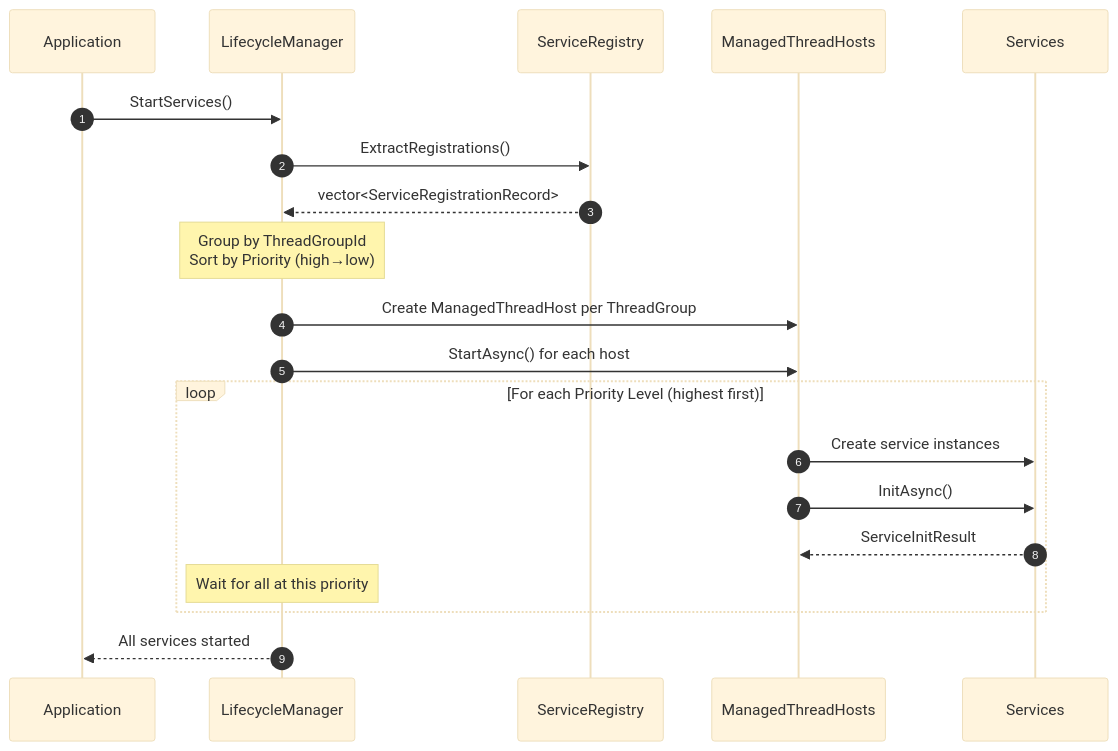
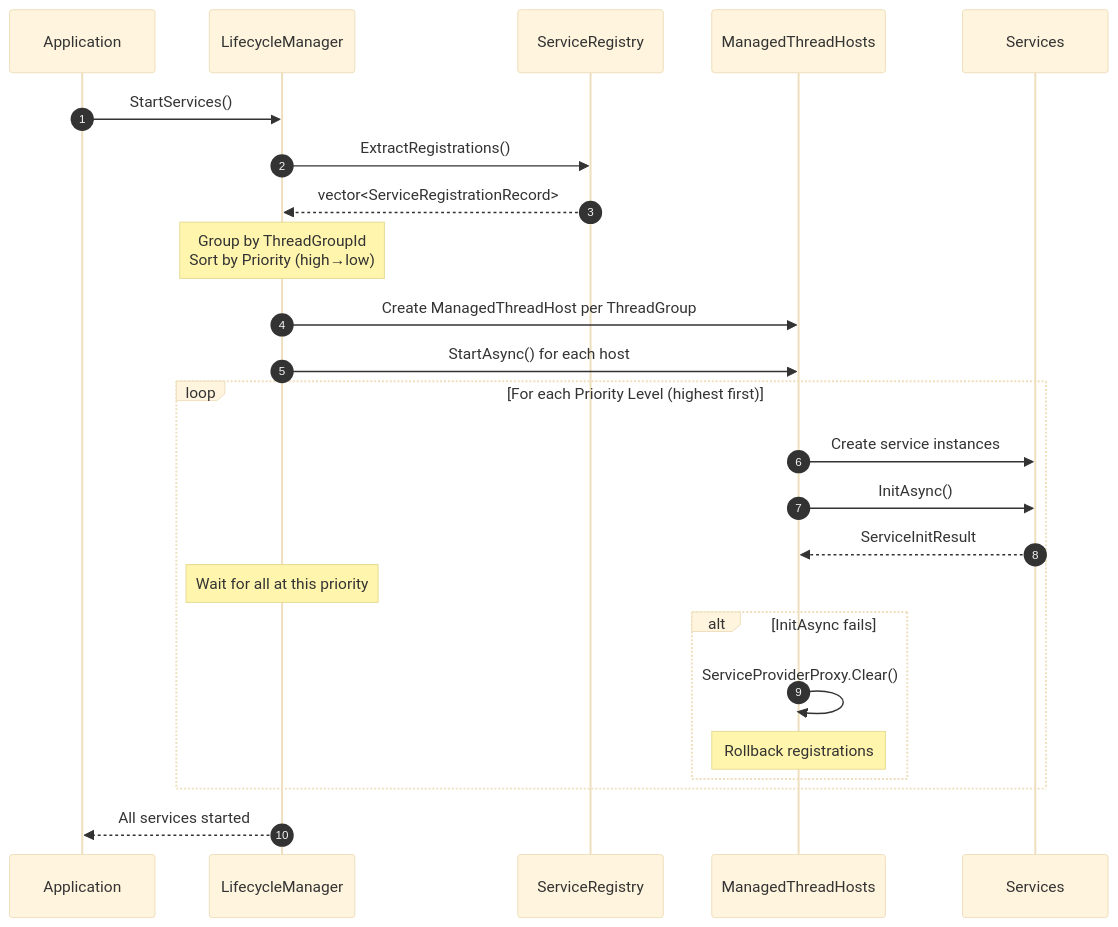
The fourth of 8 diagrams in docs/presentation_async_patterns.md (Unarmed1000/ServiceFrameworkExperiments), drawn with Mermaid (base theme) before and after one commit. The commit also changed other lines of this file, not shown here.

Commit message:
feat: Enhance presentation with new scheduling hints and service lifecycle state diagram

````diff
--- a/docs/presentation_async_patterns.md
+++ b/docs/presentation_async_patterns.md
@@ -865,27 +885,31 @@
 ```mermaid
 sequenceDiagram
     autonumber
     participant App as Application
     participant LM as LifecycleManager
     participant Reg as ServiceRegistry
     participant TH as ManagedThreadHosts
     participant Svc as Services
 
     App->>LM: StartServices()
     LM->>Reg: ExtractRegistrations()
     Reg-->>LM: vector<ServiceRegistrationRecord>
 
     Note over LM: Group by ThreadGroupId<br/>Sort by Priority (high→low)
 
     LM->>TH: Create ManagedThreadHost per ThreadGroup
     LM->>TH: StartAsync() for each host
 
     loop For each Priority Level (highest first)
         TH->>Svc: Create service instances
         TH->>Svc: InitAsync()
         Svc-->>TH: ServiceInitResult
         Note over LM: Wait for all at this priority
+        alt InitAsync fails
+            TH->>TH: ServiceProviderProxy.Clear()
+            Note over TH: Rollback registrations
+        end
     end
 
     LM-->>App: All services started
 ```
````
